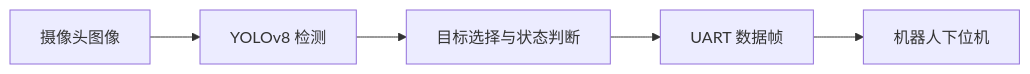
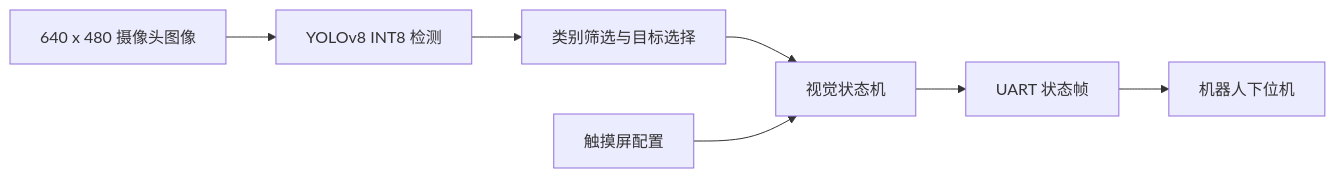
The diagram in README.md (Pinle-Yu/2025-intelligent-rescue-vision), drawn with Mermaid before and after one commit. The commit also changed other lines of this file and 4 other files, not shown here.

````diff
--- a/README.md
+++ b/README.md
@@ -23,7 +35,9 @@
 ```mermaid
 flowchart LR
-    A[摄像头图像] --> B[YOLOv8 检测]
-    B --> C[目标选择与状态判断]
-    C --> D[UART 数据帧]
-    D --> E[机器人下位机]
+    A[640 x 480 摄像头图像] --> B[YOLOv8 INT8 检测]
+    B --> C[类别筛选与目标选择]
+    C --> D[视觉状态机]
+    D --> E[UART 状态帧]
+    E --> F[机器人下位机]
+    G[触摸屏配置] --> D
 ```
````
